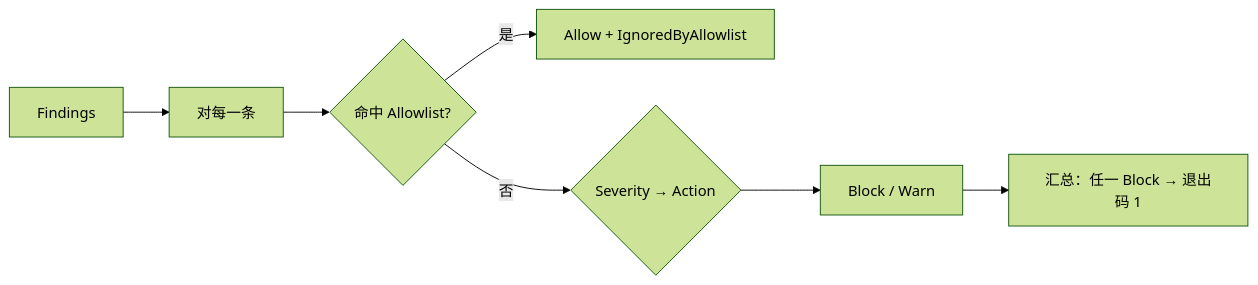
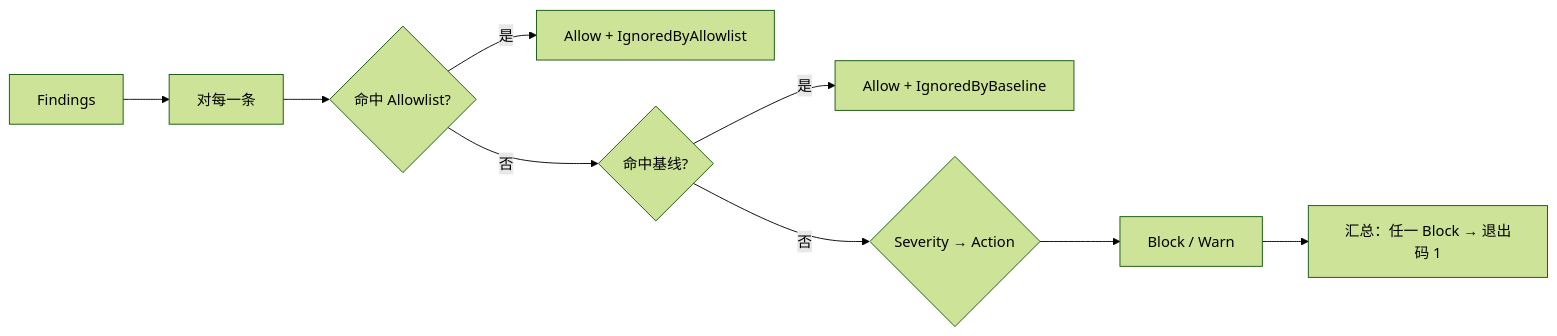
Before and after one commit to Camefor/GitGuard: the first of 2 diagrams in docs/模块设计/Policy.md, drawn with Mermaid (forest theme). The commit also changed other lines of this file and 34 other files, not shown here.

````diff
--- a/docs/模块设计/Policy.md
+++ b/docs/模块设计/Policy.md
@@ -71,9 +72,11 @@
 ```mermaid
 flowchart LR
     Findings[Findings] --> ForEach[对每一条]
     ForEach --> Allowlist{命中 Allowlist?}
     Allowlist -- 是 --> Ignored[Allow + IgnoredByAllowlist]
-    Allowlist -- 否 --> Map{Severity → Action}
+    Allowlist -- 否 --> Baseline{命中基线?}
+    Baseline -- 是 --> BaselineIgnored[Allow + IgnoredByBaseline]
+    Baseline -- 否 --> Map{Severity → Action}
     Map --> Block[Block / Warn]
     Block --> Aggregate[汇总：任一 Block → 退出码 1]
 ```
````
